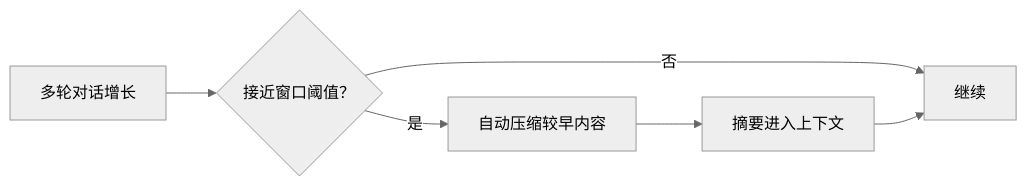
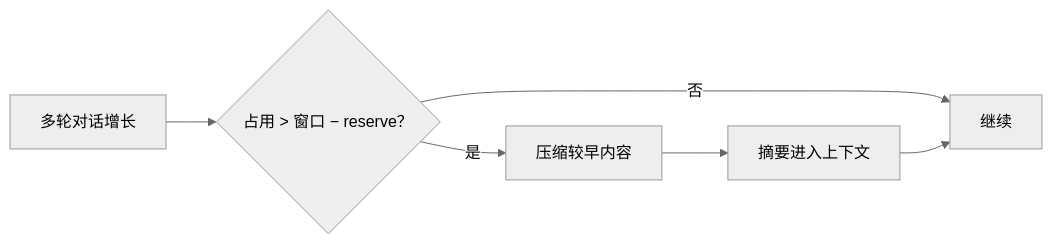
The diagram in docs/architecture/压缩与上下文.md (StrayDragon/xylitol), drawn with Mermaid (neutral theme) before and after one commit. The commit also changed other lines of this file and 12 other files, not shown here.

````diff
--- a/docs/architecture/压缩与上下文.md
+++ b/docs/architecture/压缩与上下文.md
@@ -24,8 +24,8 @@
 ```mermaid
 flowchart LR
-  Chat["多轮对话增长"] --> Thresh{"接近窗口阈值？"}
+  Chat["多轮对话增长"] --> Thresh{"占用 > 窗口 − reserve？"}
   Thresh -->|否| Cont["继续"]
-  Thresh -->|是| Compact["自动压缩较早内容"]
+  Thresh -->|是| Compact["压缩较早内容"]
   Compact --> Summary["摘要进入上下文"]
   Summary --> Cont
 ```
````
